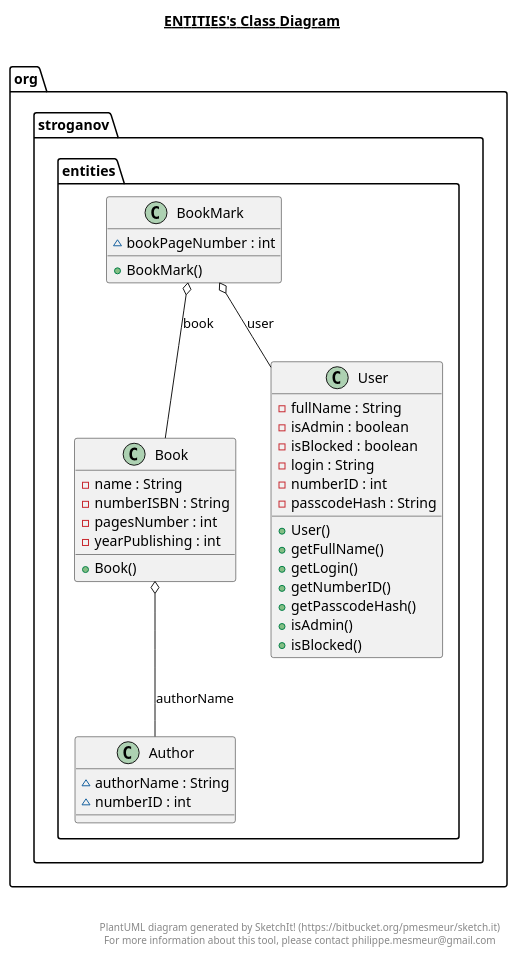
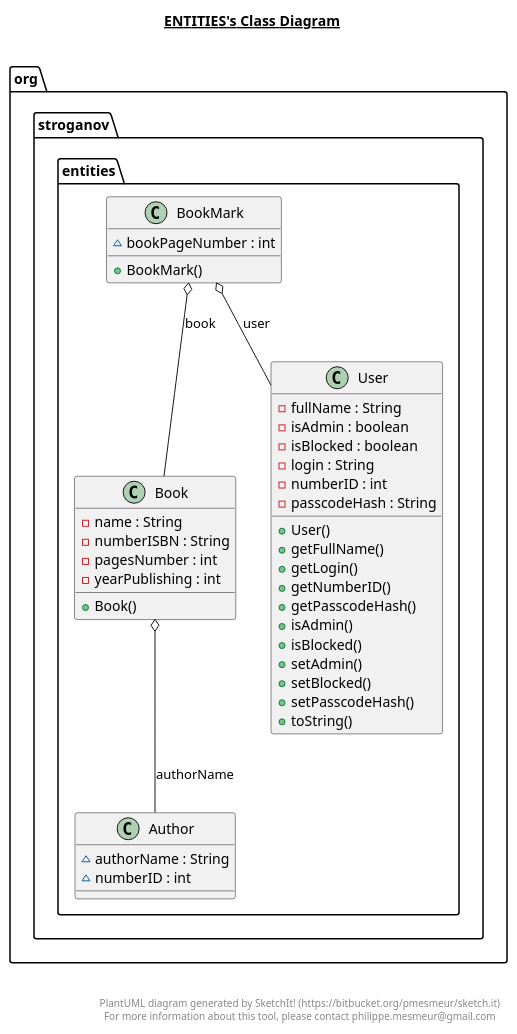
The diagram in src/main/java/org/stroganov/entities/entities.plantuml (SergeyStroganoff/LibraryApp), drawn with PlantUML before and after one commit. The commit also changed 17 other files, not shown here.

```diff
--- a/src/main/java/org/stroganov/entities/entities.plantuml
+++ b/src/main/java/org/stroganov/entities/entities.plantuml
@@ -1,71 +1,75 @@
 @startuml
 
 title __ENTITIES's Class Diagram__\n
 
   namespace org.stroganov {
     namespace entities {
       class org.stroganov.entities.Author {
           ~ authorName : String
           ~ numberID : int
       }
     }
   }
   
 
   namespace org.stroganov {
     namespace entities {
       class org.stroganov.entities.Book {
           - name : String
           - numberISBN : String
           - pagesNumber : int
           - yearPublishing : int
           + Book()
       }
     }
   }
   
 
   namespace org.stroganov {
     namespace entities {
       class org.stroganov.entities.BookMark {
           ~ bookPageNumber : int
           + BookMark()
       }
     }
   }
   
 
   namespace org.stroganov {
     namespace entities {
       class org.stroganov.entities.User {
           - fullName : String
           - isAdmin : boolean
           - isBlocked : boolean
           - login : String
           - numberID : int
           - passcodeHash : String
           + User()
           + getFullName()
           + getLogin()
           + getNumberID()
           + getPasscodeHash()
           + isAdmin()
           + isBlocked()
+          + setAdmin()
+          + setBlocked()
+          + setPasscodeHash()
+          + toString()
       }
     }
   }
   
 
   org.stroganov.entities.Book o-- org.stroganov.entities.Author : authorName
   org.stroganov.entities.BookMark o-- org.stroganov.entities.Book : book
   org.stroganov.entities.BookMark o-- org.stroganov.entities.User : user
 
 
 right footer
 
 
 PlantUML diagram generated by SketchIt! (https://bitbucket.org/pmesmeur/sketch.it)
 For more information about this tool, please contact philippe.mesmeur@gmail.com
 endfooter
 
 @enduml
```
